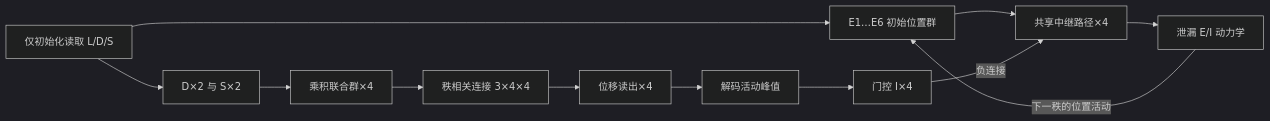
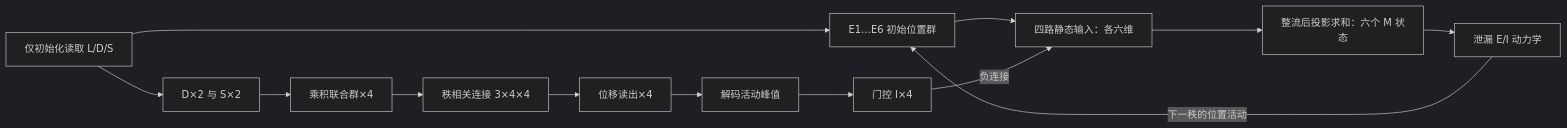
Before and after one commit to Totheinfinity66y/LDS-EImodel: the first of 2 diagrams in lds_decompressor/README.md, drawn with Mermaid (dark theme). The commit also changed other lines of this file and 25 other files, not shown here.

````diff
--- a/lds_decompressor/README.md
+++ b/lds_decompressor/README.md
@@ -59,14 +59,15 @@
 ```mermaid
 flowchart LR
     LDS[仅初始化读取 L/D/S] --> E[E1…E6 初始位置群]
     LDS --> DS[D×2 与 S×2]
     DS --> J[乘积联合群×4]
     J --> W[秩相关连接 3×4×4]
     W --> DISP[位移读出×4]
     DISP --> PEAK[解码活动峰值]
     PEAK --> I[门控 I×4]
-    E --> R[共享中继路径×4]
+    E --> R[四路静态输入：各六维]
     I -->|负连接| R
-    R --> EI[泄漏 E/I 动力学]
+    R --> M[整流后投影求和：六个 M 状态]
+    M --> EI[泄漏 E/I 动力学]
     EI -->|下一秩的位置活动| E
 ```
````
